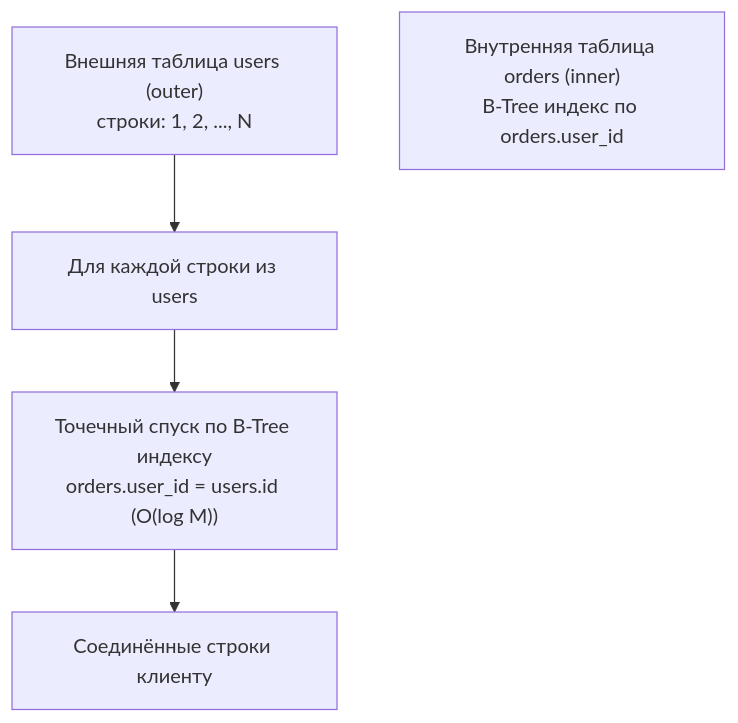
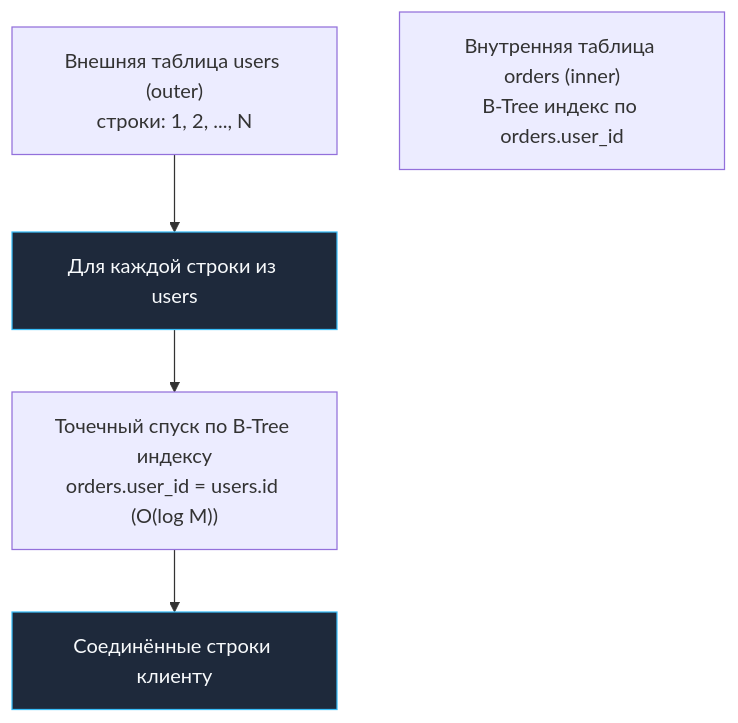
The first of 3 diagrams in sources/12. Базы данных/04. Индексы и производительность/14. Оптимизация JOIN.md (UnrealTemplier/go-textbook), drawn with Mermaid before and after one commit. The commit also changed other lines of this file and 1666 other files, not shown here.

First line of the commit message:
feat(mermaid): add semantic color classDef to 1369 colorless flowchart/graph diagrams

````diff
--- a/sources/12. Базы данных/04. Индексы и производительность/14. Оптимизация JOIN.md
+++ b/sources/12. Базы данных/04. Индексы и производительность/14. Оптимизация JOIN.md
@@ -19,12 +19,22 @@
 ```mermaid
 flowchart TD
+    classDef process  fill:#1e293b,stroke:#38bdf8,stroke-width:1px,color:#f8fafc
+    classDef success  fill:#064e3b,stroke:#34d399,stroke-width:1px,color:#f8fafc
+    classDef error    fill:#7f1d1d,stroke:#f87171,stroke-width:1px,color:#f8fafc
+    classDef warning  fill:#78350f,stroke:#fbbf24,stroke-width:1px,color:#f8fafc
+    classDef entry    fill:#1e3a5f,stroke:#38bdf8,stroke-width:2px,color:#f8fafc
+    classDef aux      fill:#334155,stroke:#64748b,stroke-width:1px,color:#f8fafc
+    classDef system   fill:#312e81,stroke:#a78bfa,stroke-width:1px,color:#f8fafc
+    classDef data     fill:#132d29,stroke:#2dd4bf,stroke-width:1px,color:#f8fafc
+    classDef network  fill:#881337,stroke:#fb7185,stroke-width:1px,color:#f8fafc
+    classDef accent   fill:#1e1b4b,stroke:#818cf8,stroke-width:1px,color:#f8fafc
     Outer["Внешняя таблица users (outer)<br>строки: 1, 2, ..., N"]
     Inner["Внутренняя таблица orders (inner)<br>B-Tree индекс по orders.user_id"]
-    Loop["Для каждой строки из users"]
+    Loop["Для каждой строки из users"]:::process
     IdxLookup["Точечный спуск по B-Tree индексу<br>orders.user_id = users.id (O(log M))"]
-    Result["Соединённые строки клиенту"]
+    Result["Соединённые строки клиенту"]:::process
 
     Outer --> Loop
     Loop --> IdxLookup
     IdxLookup --> Result
 ```
````
